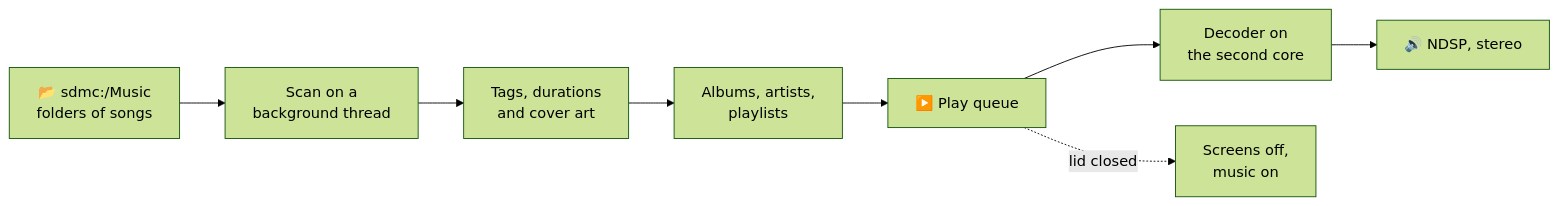
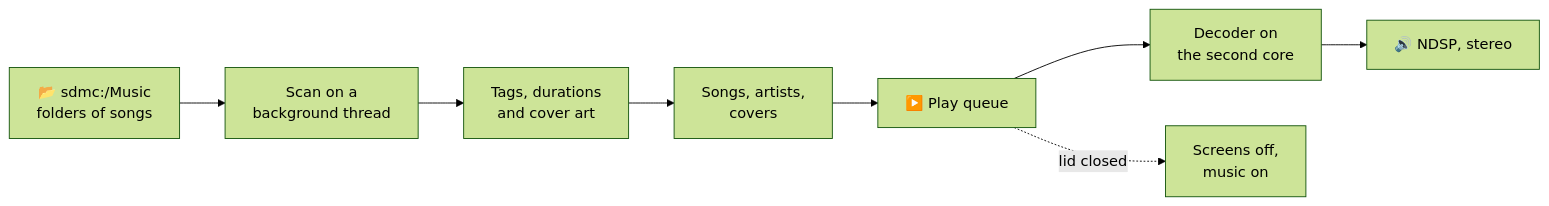
One commit to ankushKun/3dsFM changed the diagram in README.md. Above: the diagram before and after it, drawn with Mermaid (forest theme). The commit also changed other lines of this file and 3 other files, not shown here.

````diff
--- a/README.md
+++ b/README.md
@@ -94,10 +94,10 @@
 ```mermaid
 flowchart LR
     A["📂 sdmc:/Music<br>folders of songs"] --> B["Scan on a<br>background thread"]
     B --> C["Tags, durations<br>and cover art"]
-    C --> D["Albums, artists,<br>playlists"]
+    C --> D["Songs, artists,<br>covers"]
     D --> E["▶️ Play queue"]
     E --> F["Decoder on<br>the second core"]
     F --> G["🔊 NDSP, stereo"]
     E -. "lid closed" .-> H["Screens off,<br>music on"]
 ```
````
